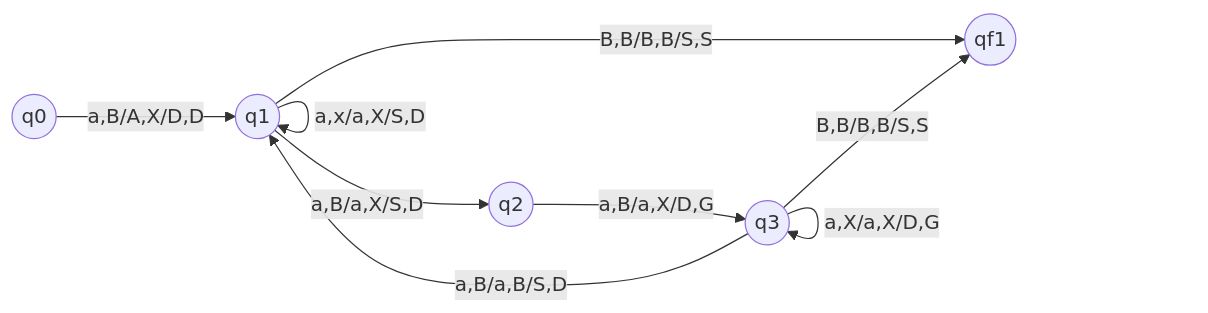
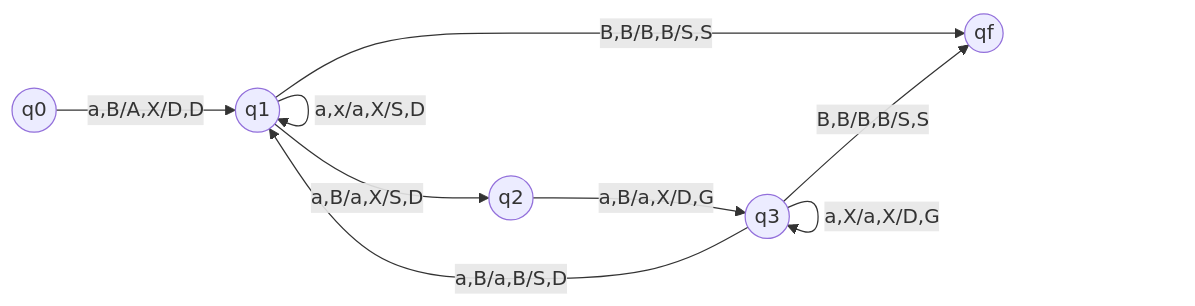
Before and after one commit to FlorianLatapie/PNS-SI4-S7_Algorithmique: the seventh of 8 diagrams in TDs/TD2/TD2.md, drawn with Mermaid. The commit also changed other lines of this file, not shown here.

````diff
--- a/TDs/TD2/TD2.md
+++ b/TDs/TD2/TD2.md
@@ -138,11 +139,12 @@
 ```mermaid
 graph LR
-    q0((q0)) --> | a,B/A,X/D,D | q1((q1))
-    q1((q1)) --> | a,x/a,X/S,D | q1((q1))
-    q1((q1)) --> | B,B/B,B/S,S | qf1((qf1))
-    q1((q1)) --> | a,B/a,X/S,D | q2((q2))
-    q2((q2)) --> | a,B/a,X/D,G | q3((q3))
-    q3((q3)) --> | a,X/a,X/D,G | q3((q3))
-    q3((q3)) --> | a,B/a,B/S,D | q1((q1))
-    q3((q3)) --> | B,B/B,B/S,S | qf1((qf1))
+    q0((q0)) --> | a,B/A,X/D,D | q1
+    q1((q1)) --> | a,x/a,X/S,D | q1
+    q1((q1)) --> | B,B/B,B/S,S | qf
+    q1((q1)) --> | a,B/a,X/S,D | q2
+    q2((q2)) --> | a,B/a,X/D,G | q3
+    q3((q3)) --> | a,X/a,X/D,G | q3
+    q3((q3)) --> | a,B/a,B/S,D | q1
+    q3((q3)) --> | B,B/B,B/S,S | qf
+    qf((qf))
 ```
````
